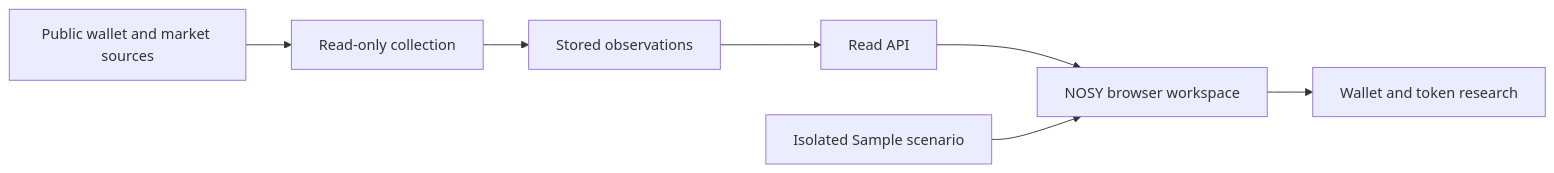
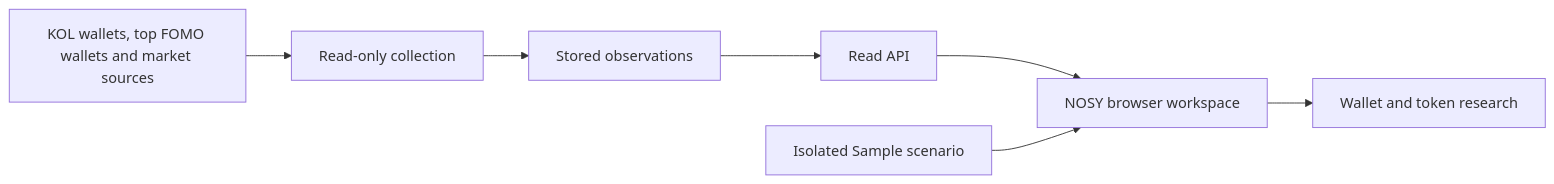
Before and after one commit to animeme99/NOSY-Stocklana: the diagram in README.md, drawn with Mermaid. The commit also changed other lines of this file and 7 other files, not shown here.

Commit message:
docs: clarify KOL and top FOMO wallet focus

````diff
--- a/README.md
+++ b/README.md
@@ -65,9 +65,9 @@
 ```mermaid
 flowchart LR
-    A[Public wallet and market sources] --> B[Read-only collection]
+    A[KOL wallets, top FOMO wallets and market sources] --> B[Read-only collection]
     B --> C[Stored observations]
     C --> D[Read API]
     D --> E[NOSY browser workspace]
     F[Isolated Sample scenario] --> E
     E --> G[Wallet and token research]
 ```
````
